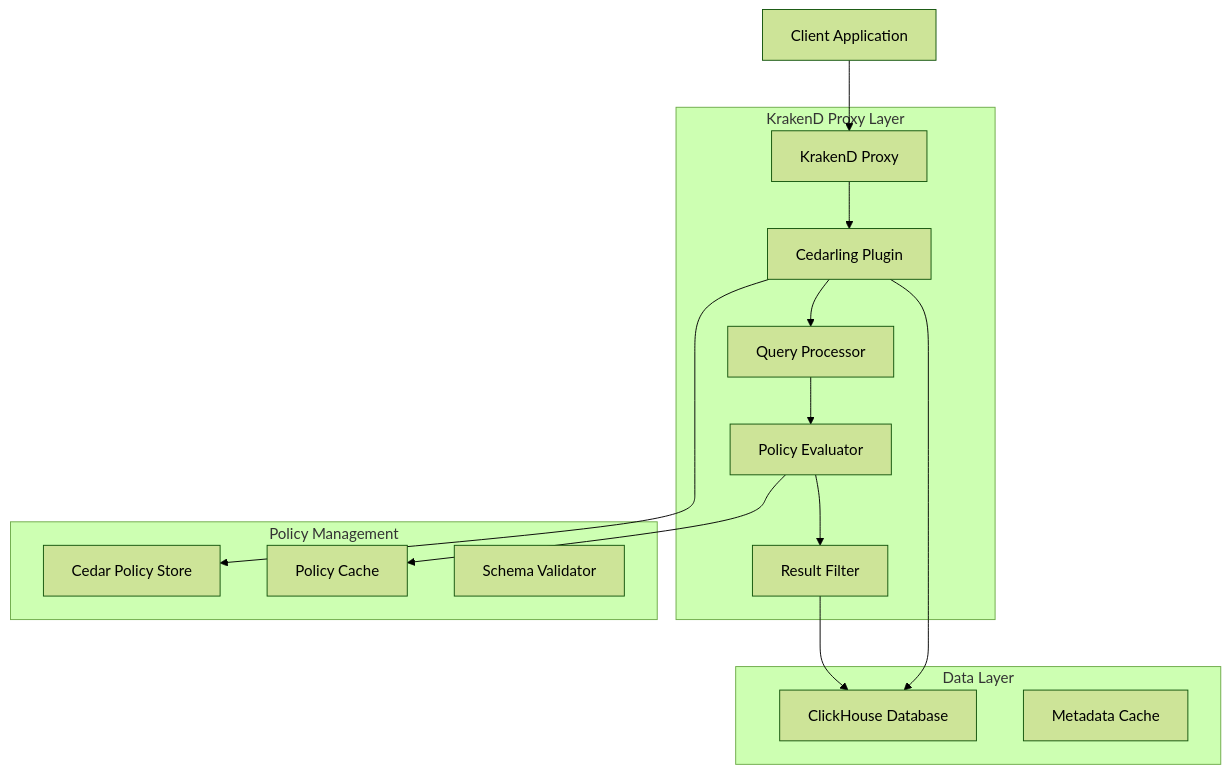
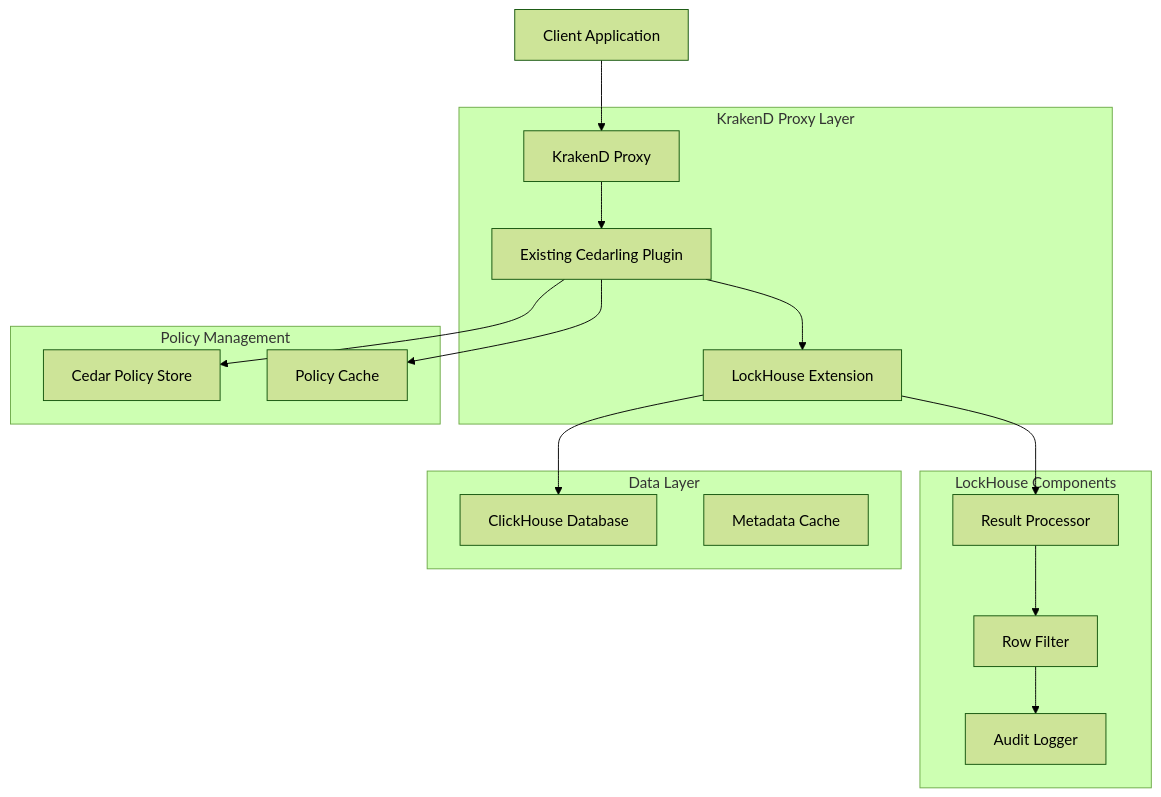
One commit to nynymike/kiro-demo changed the diagram in .kiro/specs/LockHouse/design.md. Above: the diagram before and after it, drawn with Mermaid (forest theme). The commit also changed other lines of this file and 1 other file, not shown here.

````diff
--- a/.kiro/specs/LockHouse/design.md
+++ b/.kiro/specs/LockHouse/design.md
@@ -15,32 +15,35 @@
 ```mermaid
 graph TB
     Client[Client Application] --> KrakenD[KrakenD Proxy]
-    KrakenD --> CedarlingPlugin[Cedarling Plugin]
+    KrakenD --> CedarlingPlugin[Existing Cedarling Plugin]
+    CedarlingPlugin --> LockHouse[LockHouse Extension]
+    LockHouse --> ClickHouse[ClickHouse Database]
     CedarlingPlugin --> PolicyStore[Cedar Policy Store]
-    CedarlingPlugin --> ClickHouse[ClickHouse Database]
     
     subgraph "KrakenD Proxy Layer"
         KrakenD
         CedarlingPlugin
-        QueryProcessor[Query Processor]
-        PolicyEvaluator[Policy Evaluator]
-        ResultFilter[Result Filter]
+        LockHouse
+    end
+    
+    subgraph "LockHouse Components"
+        ResultProcessor[Result Processor]
+        RowFilter[Row Filter]
+        AuditLogger[Audit Logger]
     end
     
     subgraph "Policy Management"
         PolicyStore
         PolicyCache[Policy Cache]
-        SchemaValidator[Schema Validator]
     end
     
     subgraph "Data Layer"
         ClickHouse
         MetadataCache[Metadata Cache]
     end
     
-    CedarlingPlugin --> QueryProcessor
-    QueryProcessor --> PolicyEvaluator
-    PolicyEvaluator --> PolicyCache
-    PolicyEvaluator --> ResultFilter
-    ResultFilter --> ClickHouse
+    LockHouse --> ResultProcessor
+    ResultProcessor --> RowFilter
+    RowFilter --> AuditLogger
+    CedarlingPlugin --> PolicyCache
 ```
````
